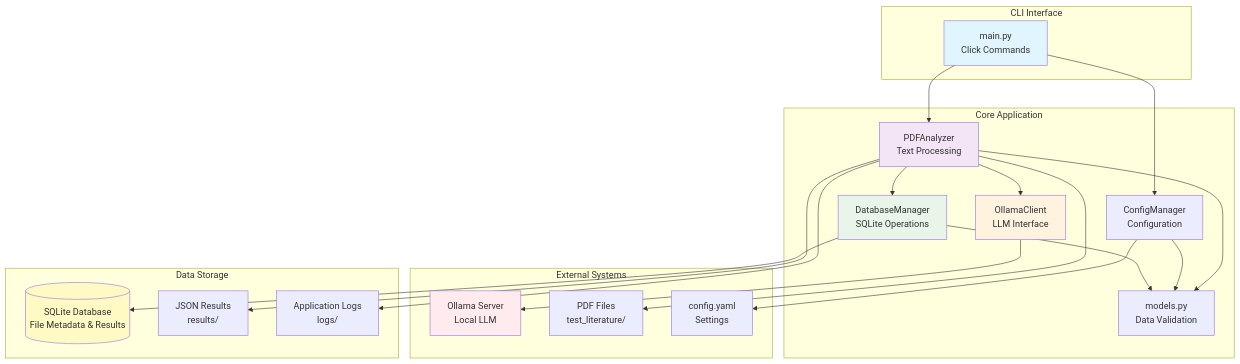
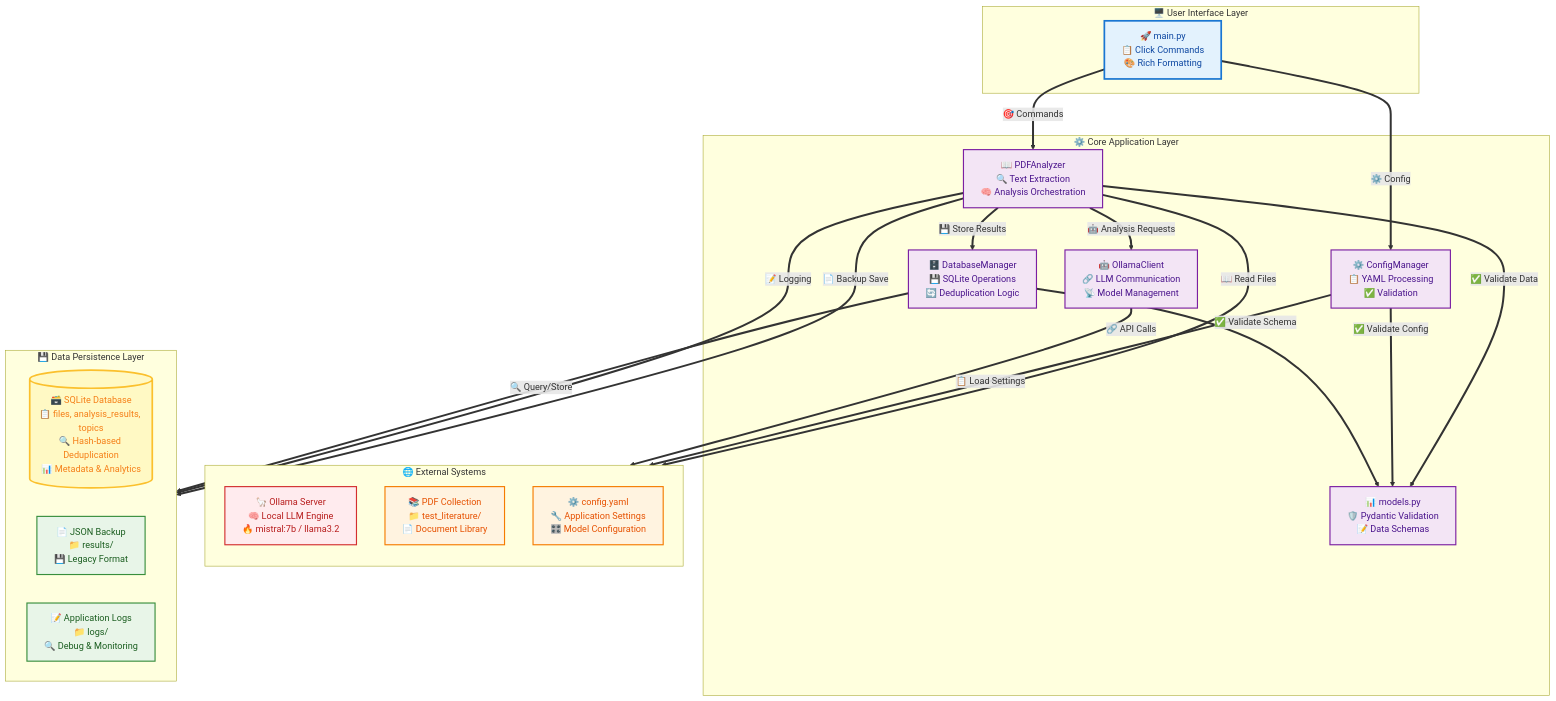
The diagram in README.md (JoJoDataPhysics/lit_DB), drawn with Mermaid before and after one commit.

Commit message:
Enhance architecture diagram with fancy Mermaid styling
- Add emojis and visual icons for better component identification
- Organize into logical layers (UI, Core, External, Persistence)
- Enhanced color scheme with themed CSS classes
- Detailed component descriptions with technologies used
- Better visual hierarchy with different arrow styles
- More descriptive connection labels showing data flow
- Professional styling with custom colors and borders

The diagram now clearly shows:
- 🖥️ User Interface Layer (CLI with Rich formatting)
- ⚙️ Core Application Layer (5 main components)
- 🌐 External Systems (Ollama, PDFs, Config)
- 💾 Data Persistence Layer (SQLite, JSON, Logs)
- Clear data flow connections with meaningful labels

````diff
--- a/README.md
+++ b/README.md
@@ -17,47 +17,66 @@
 ```mermaid
 graph TB
-    subgraph "CLI Interface"
-        CLI[main.py<br/>Click Commands]
+    %% User Interface Layer
+    subgraph "🖥️ User Interface Layer"
+        CLI["🚀 main.py<br/>📋 Click Commands<br/>🎨 Rich Formatting"]
     end
     
-    subgraph "Core Application"
-        PA[PDFAnalyzer<br/>Text Processing]
-        OC[OllamaClient<br/>LLM Interface] 
-        CM[ConfigManager<br/>Configuration]
-        DM[DatabaseManager<br/>SQLite Operations]
-        Models[models.py<br/>Data Validation]
+    %% Core Application Layer
+    subgraph "⚙️ Core Application Layer"
+        PA["📖 PDFAnalyzer<br/>🔍 Text Extraction<br/>🧠 Analysis Orchestration"]
+        OC["🤖 OllamaClient<br/>🔗 LLM Communication<br/>📡 Model Management"] 
+        CM["⚙️ ConfigManager<br/>📋 YAML Processing<br/>✅ Validation"]
+        DM["🗄️ DatabaseManager<br/>💾 SQLite Operations<br/>🔄 Deduplication Logic"]
+        Models["📊 models.py<br/>🛡️ Pydantic Validation<br/>📝 Data Schemas"]
     end
     
-    subgraph "External Systems"
-        Ollama[Ollama Server<br/>Local LLM]
-        PDFs[PDF Files<br/>test_literature/]
-        Config[config.yaml<br/>Settings]
+    %% External Systems Layer
+    subgraph "🌐 External Systems"
+        direction TB
+        Ollama["🦙 Ollama Server<br/>🧠 Local LLM Engine<br/>🔥 mistral:7b / llama3.2"]
+        PDFs["📚 PDF Collection<br/>📁 test_literature/<br/>📄 Document Library"]
+        Config["⚙️ config.yaml<br/>🔧 Application Settings<br/>🎛️ Model Configuration"]
     end
     
-    subgraph "Data Storage"
-        DB[(SQLite Database<br/>File Metadata & Results)]
-        JSON[JSON Results<br/>results/]
-        Logs[Application Logs<br/>logs/]
+    %% Data Persistence Layer
+    subgraph "💾 Data Persistence Layer"
+        direction LR
+        DB[("🗃️ SQLite Database<br/>📋 files, analysis_results, topics<br/>🔍 Hash-based Deduplication<br/>📊 Metadata & Analytics")]
+        JSON["📄 JSON Backup<br/>📁 results/<br/>💾 Legacy Format"]
+        Logs["📝 Application Logs<br/>📁 logs/<br/>🔍 Debug & Monitoring"]
     end
     
-    CLI --> PA
-    CLI --> CM
-    PA --> OC
-    PA --> DM
-    PA --> Models
-    CM --> Config
-    CM --> Models
-    DM --> DB
-    DM --> Models
-    OC --> Ollama
-    PA --> PDFs
-    PA --> JSON
-    PA --> Logs
+    %% Data Flow Connections
+    CLI ==>|"🎯 Commands"| PA
+    CLI ==>|"⚙️ Config"| CM
     
-    style CLI fill:#e1f5fe
-    style PA fill:#f3e5f5
-    style OC fill:#fff3e0
-    style DM fill:#e8f5e8
-    style DB fill:#fff9c4
-    style Ollama fill:#ffebee
+    PA ==>|"🤖 Analysis Requests"| OC
+    PA ==>|"💾 Store Results"| DM
+    PA ==>|"✅ Validate Data"| Models
+    PA ==>|"📖 Read Files"| PDFs
+    PA ==>|"📄 Backup Save"| JSON
+    PA ==>|"📝 Logging"| Logs
+    
+    CM ==>|"📋 Load Settings"| Config
+    CM ==>|"✅ Validate Config"| Models
+    
+    DM ==>|"🔍 Query/Store"| DB
+    DM ==>|"✅ Validate Schema"| Models
+    
+    OC ==>|"🔗 API Calls"| Ollama
+    
+    %% Enhanced Styling
+    classDef cliStyle fill:#e3f2fd,stroke:#1976d2,stroke-width:3px,color:#0d47a1
+    classDef coreStyle fill:#f3e5f5,stroke:#7b1fa2,stroke-width:2px,color:#4a148c
+    classDef externalStyle fill:#fff3e0,stroke:#f57c00,stroke-width:2px,color:#e65100
+    classDef storageStyle fill:#e8f5e8,stroke:#388e3c,stroke-width:2px,color:#1b5e20
+    classDef databaseStyle fill:#fff9c4,stroke:#fbc02d,stroke-width:3px,color:#f57f17
+    classDef ollamaStyle fill:#ffebee,stroke:#d32f2f,stroke-width:2px,color:#b71c1c
+    
+    class CLI cliStyle
+    class PA,OC,CM,DM,Models coreStyle
+    class Ollama ollamaStyle
+    class PDFs,Config externalStyle
+    class JSON,Logs storageStyle
+    class DB databaseStyle
 ```
````
